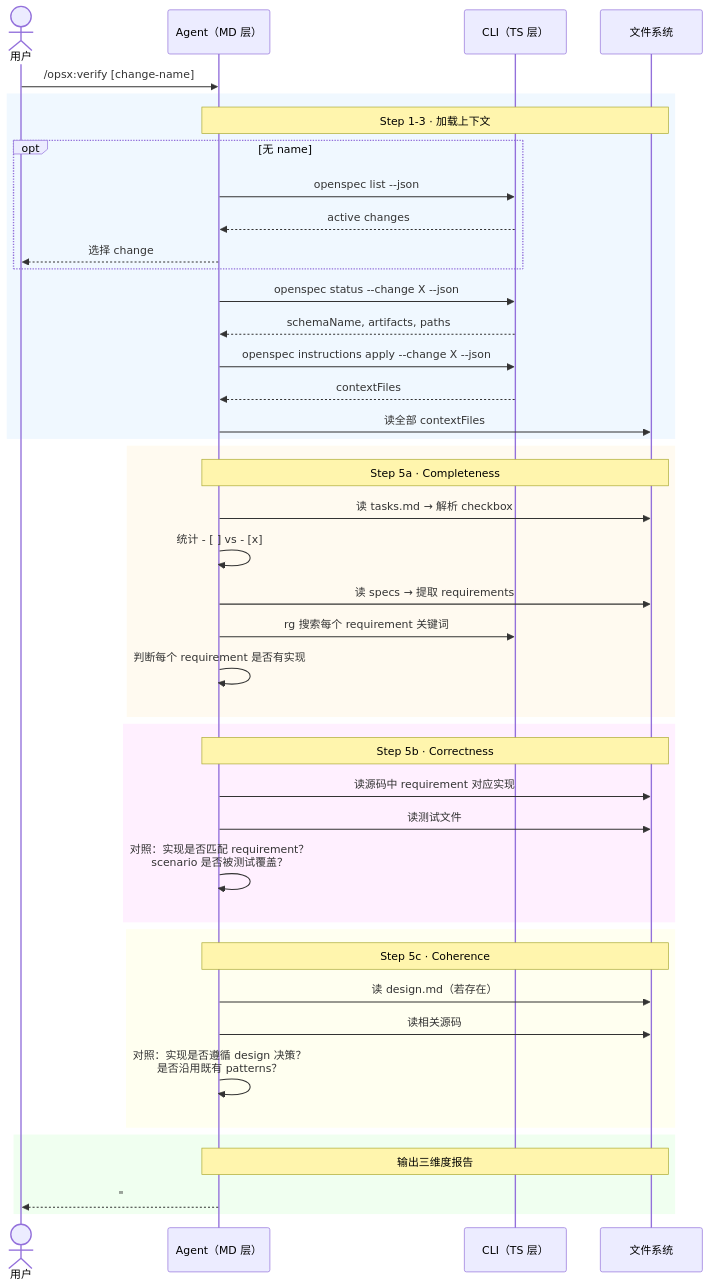
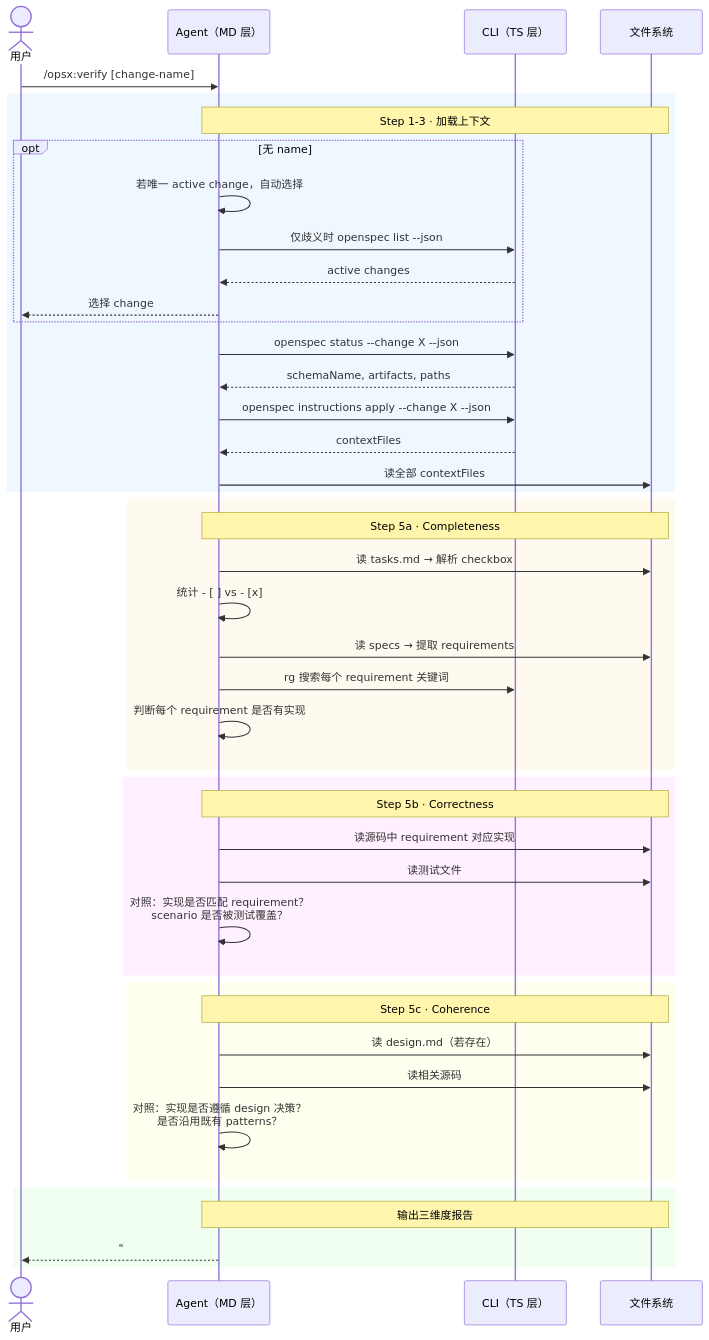
One commit to ethan-jiang-3/OpenSpec changed the diagram in _digested/workflows/08-verify.md. Above: the diagram before and after it, drawn with Mermaid. The commit also changed other lines of this file and 85 other files, not shown here.

````diff
--- a/_digested/workflows/08-verify.md
+++ b/_digested/workflows/08-verify.md
@@ -39,51 +39,52 @@
 ```mermaid
 sequenceDiagram
     actor User as 用户
     participant MD as Agent（MD 层）
     participant TS as CLI（TS 层）
     participant FS as 文件系统
 
     User->>MD: /opsx:verify [change-name]
 
     rect rgb(240, 248, 255)
         Note over MD,FS: Step 1-3 · 加载上下文
         opt 无 name
-            MD->>TS: openspec list --json
+            MD->>MD: 若唯一 active change，自动选择
+            MD->>TS: 仅歧义时 openspec list --json
             TS-->>MD: active changes
             MD-->>User: 选择 change
         end
         MD->>TS: openspec status --change X --json
         TS-->>MD: schemaName, artifacts, paths
         MD->>TS: openspec instructions apply --change X --json
         TS-->>MD: contextFiles
         MD->>FS: 读全部 contextFiles
     end
 
     rect rgb(255, 250, 240)
         Note over MD,FS: Step 5a · Completeness
         MD->>FS: 读 tasks.md → 解析 checkbox
         MD->>MD: 统计 - [ ] vs - [x]
         MD->>FS: 读 specs → 提取 requirements
         MD->>TS: rg 搜索每个 requirement 关键词
         MD->>MD: 判断每个 requirement 是否有实现
     end
 
     rect rgb(255, 240, 255)
         Note over MD,FS: Step 5b · Correctness
         MD->>FS: 读源码中 requirement 对应实现
         MD->>FS: 读测试文件
         MD->>MD: 对照：实现是否匹配 requirement？<br/>scenario 是否被测试覆盖？
     end
 
     rect rgb(255, 255, 240)
         Note over MD,FS: Step 5c · Coherence
         MD->>FS: 读 design.md（若存在）
         MD->>FS: 读相关源码
         MD->>MD: 对照：实现是否遵循 design 决策？<br/>是否沿用既有 patterns？
     end
 
     rect rgb(240, 255, 240)
         Note over MD,FS: 输出三维度报告
         MD-->>User: "## Verification Report<br/>### Completeness<br/>- CRITICAL: task 3/7 incomplete<br/>### Correctness<br/>- WARNING: OAuth callback 缺测试<br/>### Coherence<br/>✓ design 决策全部遵守"
     end
 ```
````
